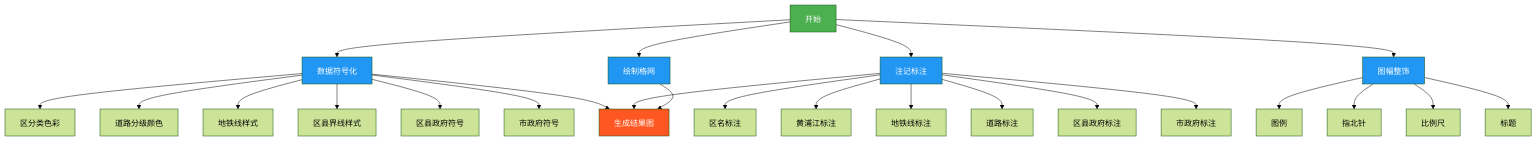
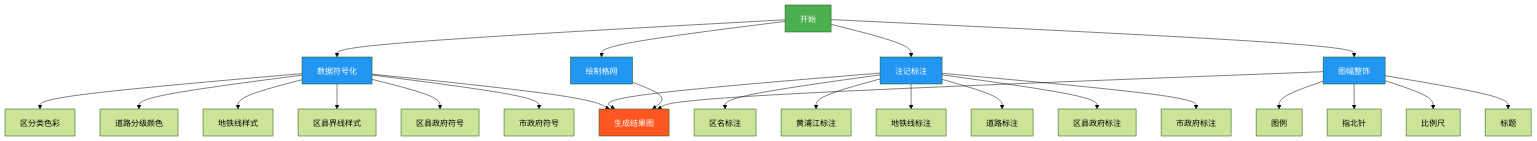
Before and after one commit to newguser/iodraw-files: the diagram in all/未命名.md, drawn with Mermaid (forest theme).

Commit message:
2025-02-27 10:38:27 update

````diff
--- a/all/未命名.md
+++ b/all/未命名.md
@@ -1,34 +1,36 @@
 ```mermaid
 graph TD
     A[开始] --> B[数据符号化]
     B --> B1[区分类色彩]
     B --> B2[道路分级颜色]
     B --> B3[地铁线样式]
     B --> B4[区县界线样式]
     B --> B5[区县政府符号]
     B --> B6[市政府符号]
 
     A --> C[注记标注]
     C --> C1[区名标注]
     C --> C2[黄浦江标注]
     C --> C3[地铁线标注]
     C --> C4[道路标注]
     C --> C5[区县政府标注]
     C --> C6[市政府标注]
 
     A --> D[绘制格网]
     A --> E[图幅整饰]
     E --> E1[图例]
     E --> E2[指北针]
     E --> E3[比例尺]
     E --> E4[标题]
 
+    %% 生成结果图由B,C,D,E引出
     B --> F[生成结果图]
-    C--> F[生成结果图]
-    D--> F[生成结果图]
+    C --> F
+    D --> F
+    E --> F
 
     style A fill:#4CAF50,color:white
     style F fill:#FF5722,color:white
     classDef process fill:#2196F3,color:white;
     class B,C,D,E process
 ```
````
